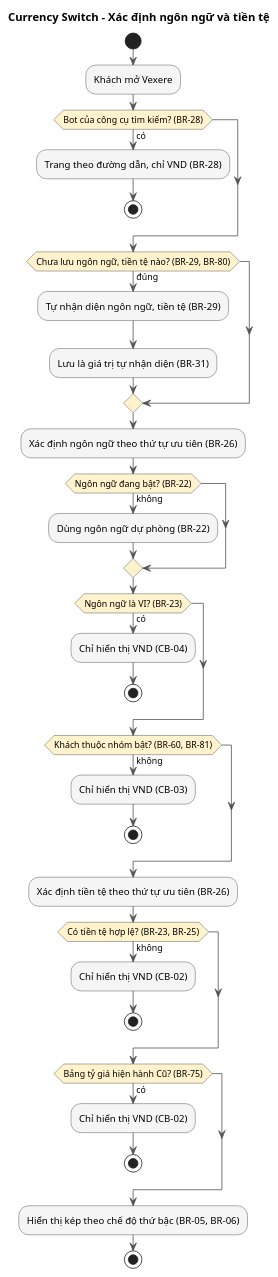
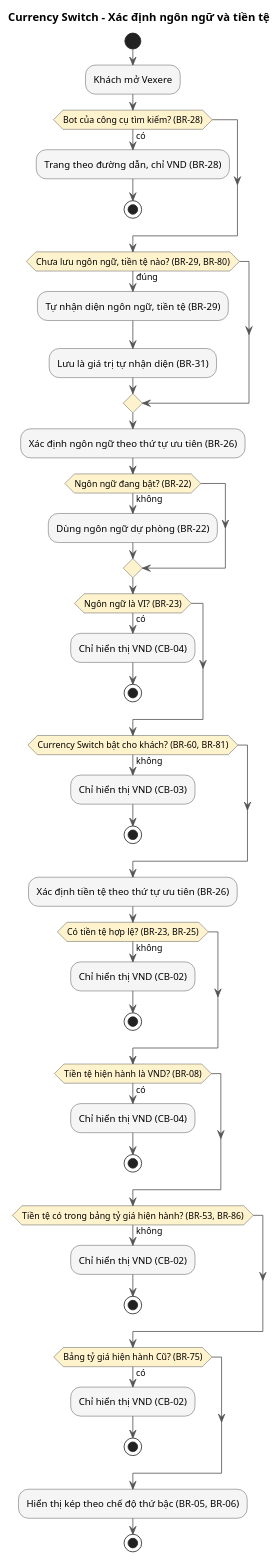
One commit to Tuon-Tun/PRD_Vexere changed the first of 3 diagrams in domain-knowledge/currency-switch/PRDs/currency-switch_PRD.md. Above: the diagram before and after it, drawn with PlantUML. The commit also changed other lines of this file, not shown here.

````diff
--- a/domain-knowledge/currency-switch/PRDs/currency-switch_PRD.md
+++ b/domain-knowledge/currency-switch/PRDs/currency-switch_PRD.md
@@ -409,44 +364,52 @@
 ```plantuml
 @startuml
 skinparam ActivityBackgroundColor #f5f5f5
 skinparam ActivityBorderColor #333333
 skinparam ArrowColor #555555
 skinparam ActivityDiamondBackgroundColor #fff3cd
 
 title Currency Switch - Xác định ngôn ngữ và tiền tệ
 
 start
 :Khách mở Vexere;
 if (Bot của công cụ tìm kiếm? (BR-28)) then (có)
   :Trang theo đường dẫn, chỉ VND (BR-28);
   stop
 endif
 if (Chưa lưu ngôn ngữ, tiền tệ nào? (BR-29, BR-80)) then (đúng)
   :Tự nhận diện ngôn ngữ, tiền tệ (BR-29);
   :Lưu là giá trị tự nhận diện (BR-31);
 endif
 :Xác định ngôn ngữ theo thứ tự ưu tiên (BR-26);
 if (Ngôn ngữ đang bật? (BR-22)) then (không)
   :Dùng ngôn ngữ dự phòng (BR-22);
 endif
 if (Ngôn ngữ là VI? (BR-23)) then (có)
   :Chỉ hiển thị VND (CB-04);
   stop
 endif
-if (Khách thuộc nhóm bật? (BR-60, BR-81)) then (không)
+if (Currency Switch bật cho khách? (BR-60, BR-81)) then (không)
   :Chỉ hiển thị VND (CB-03);
   stop
 endif
 :Xác định tiền tệ theo thứ tự ưu tiên (BR-26);
 if (Có tiền tệ hợp lệ? (BR-23, BR-25)) then (không)
+  :Chỉ hiển thị VND (CB-02);
+  stop
+endif
+if (Tiền tệ hiện hành là VND? (BR-08)) then (có)
+  :Chỉ hiển thị VND (CB-04);
+  stop
+endif
+if (Tiền tệ có trong bảng tỷ giá hiện hành? (BR-53, BR-86)) then (không)
   :Chỉ hiển thị VND (CB-02);
   stop
 endif
 if (Bảng tỷ giá hiện hành Cũ? (BR-75)) then (có)
   :Chỉ hiển thị VND (CB-02);
   stop
 endif
 :Hiển thị kép theo chế độ thứ bậc (BR-05, BR-06);
 stop
 @enduml
 ```
````
